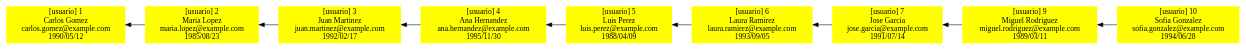
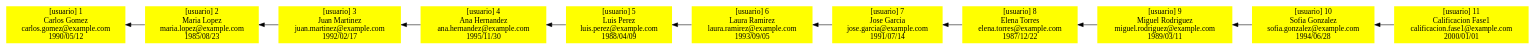
Before and after one commit to lurdesss/-EDD-Proyecto_202103763: the diagram in Fase1/usuarios.dot, drawn with Graphviz. The commit also changed 603 other files, not shown here.

```diff
--- a/Fase1/usuarios.dot
+++ b/Fase1/usuarios.dot
@@ -1,21 +1,25 @@
 digraph G {
 node [shape=box, style=filled, fillcolor=yellow, fontcolor=black, color=none];
 rankdir=RL;
-node0 [label="[usuario] 10\nSofia Gonzalez\nsofia.gonzalez@example.com\n1994/06/28"];
+node0 [label="[usuario] 11\nCalificacion Fase1\ncalificacion.fase1@example.com\n2000/01/01"];
 node0 -> node1;
-node1 [label="[usuario] 9\nMiguel Rodriguez\nmiguel.rodriguez@example.com\n1989/03/11"];
+node1 [label="[usuario] 10\nSofia Gonzalez\nsofia.gonzalez@example.com\n1994/06/28"];
 node1 -> node2;
-node2 [label="[usuario] 7\nJose Garcia\njose.garcia@example.com\n1991/07/14"];
+node2 [label="[usuario] 9\nMiguel Rodriguez\nmiguel.rodriguez@example.com\n1989/03/11"];
 node2 -> node3;
-node3 [label="[usuario] 6\nLaura Ramirez\nlaura.ramirez@example.com\n1993/09/05"];
+node3 [label="[usuario] 8\nElena Torres\nelena.torres@example.com\n1987/12/22"];
 node3 -> node4;
-node4 [label="[usuario] 5\nLuis Perez\nluis.perez@example.com\n1988/04/09"];
+node4 [label="[usuario] 7\nJose Garcia\njose.garcia@example.com\n1991/07/14"];
 node4 -> node5;
-node5 [label="[usuario] 4\nAna Hernandez\nana.hernandez@example.com\n1995/11/30"];
+node5 [label="[usuario] 6\nLaura Ramirez\nlaura.ramirez@example.com\n1993/09/05"];
 node5 -> node6;
-node6 [label="[usuario] 3\nJuan Martinez\njuan.martinez@example.com\n1992/02/17"];
+node6 [label="[usuario] 5\nLuis Perez\nluis.perez@example.com\n1988/04/09"];
 node6 -> node7;
-node7 [label="[usuario] 2\nMaria Lopez\nmaria.lopez@example.com\n1985/08/23"];
+node7 [label="[usuario] 4\nAna Hernandez\nana.hernandez@example.com\n1995/11/30"];
 node7 -> node8;
-node8 [label="[usuario] 1\nCarlos Gomez\ncarlos.gomez@example.com\n1990/05/12"];
+node8 [label="[usuario] 3\nJuan Martinez\njuan.martinez@example.com\n1992/02/17"];
+node8 -> node9;
+node9 [label="[usuario] 2\nMaria Lopez\nmaria.lopez@example.com\n1985/08/23"];
+node9 -> node10;
+node10 [label="[usuario] 1\nCarlos Gomez\ncarlos.gomez@example.com\n1990/05/12"];
 }
```
